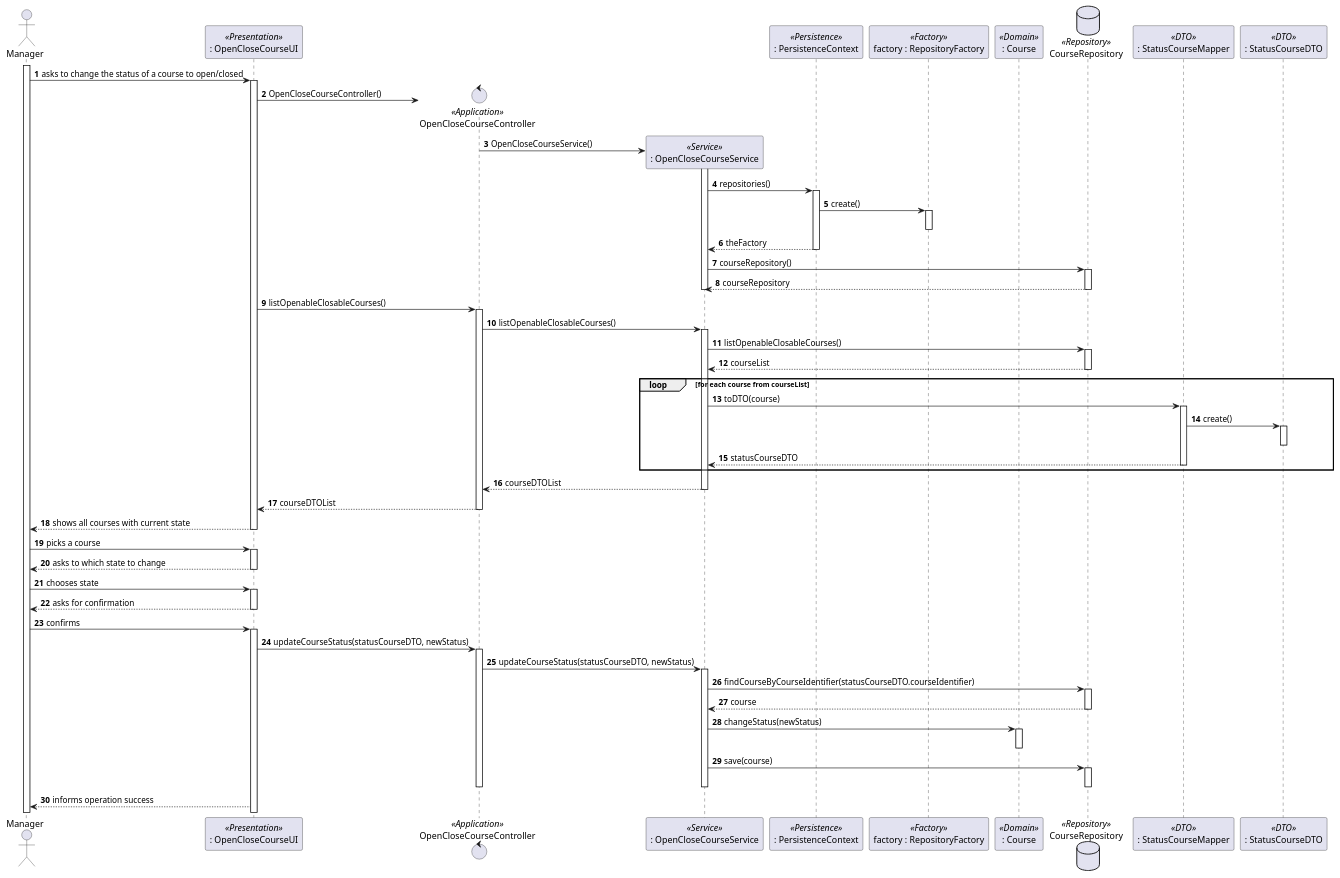
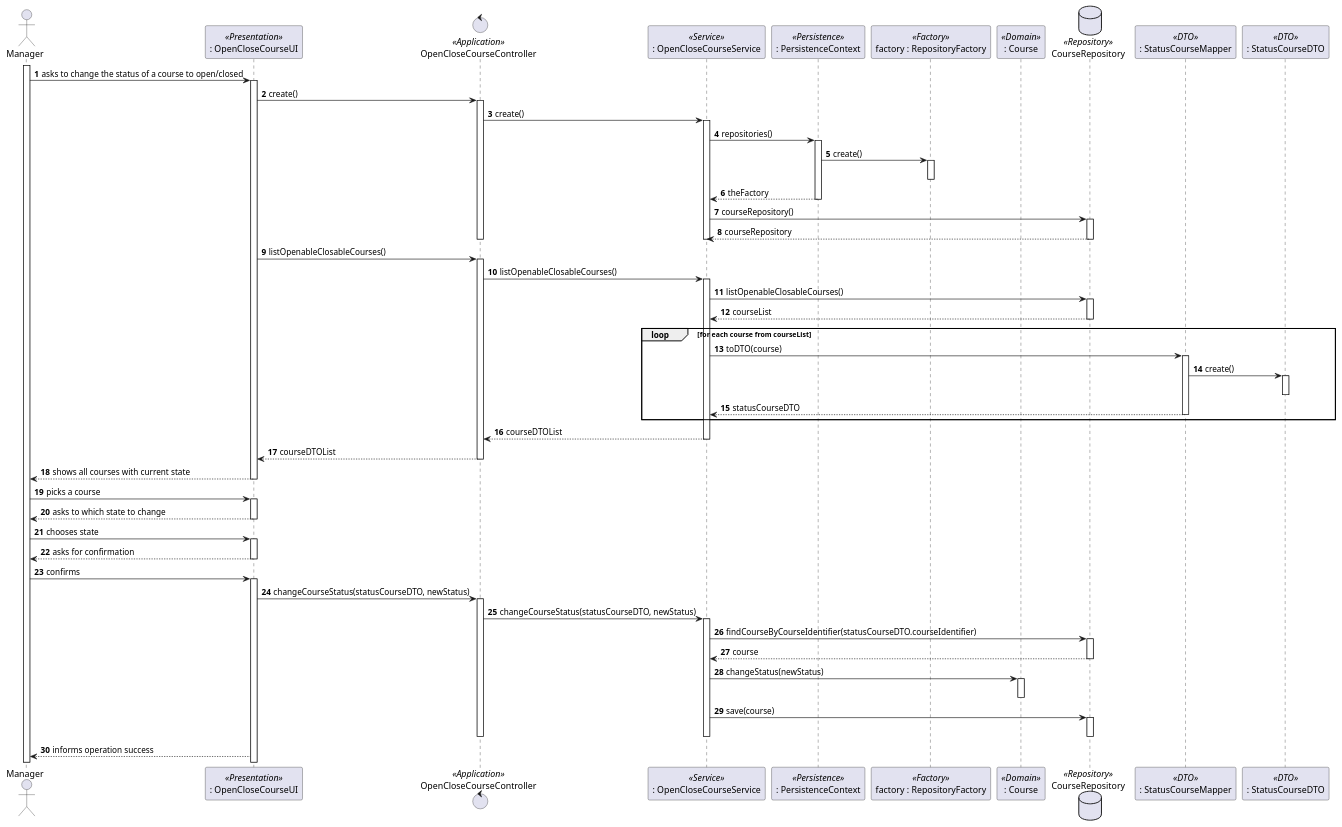
The diagram in docs/Sprint_B/us_1004/us_1004_SD.puml (Marco-Nobrega-Andrade/sem4pi_22_23), drawn with PlantUML before and after one commit.

Commit message:
[US_1004][Design] Changed back the creation of controller, service back and changed some naming

```diff
--- a/docs/Sprint_B/us_1004/us_1004_SD.puml
+++ b/docs/Sprint_B/us_1004/us_1004_SD.puml
@@ -1,95 +1,97 @@
 @startuml
 autonumber
 actor "Manager" as MGR
 
 participant ": OpenCloseCourseUI" as UI <<Presentation>>
 control "OpenCloseCourseController" as CTRL <<Application>>
 participant ": OpenCloseCourseService" as CSS <<Service>>
 participant ": PersistenceContext" as PC <<Persistence>>
 participant "factory : RepositoryFactory" as RF <<Factory>>
 participant ": Course" as C <<Domain>>
 database CourseRepository as CR <<Repository>>
 participant ": StatusCourseMapper" as CM <<DTO>>
 participant ": StatusCourseDTO" as CDTO <<DTO>>
 
 activate MGR
 MGR -> UI : asks to change the status of a course to open/closed
 activate UI
-UI -> CTRL ** : OpenCloseCourseController()
-CTRL -> CSS ** : OpenCloseCourseService()
+UI -> CTRL  : create()
+activate CTRL
+CTRL -> CSS  : create()
+
 activate CSS
 CSS -> PC : repositories()
 activate PC
 PC -> RF : create()
 activate RF
 deactivate RF
 PC --> CSS : theFactory
 deactivate PC
 CSS ->CR : courseRepository()
 activate CR
 CR --> CSS : courseRepository
 deactivate CR
 deactivate CSS
 deactivate CTRL
 
 
 UI->CTRL : listOpenableClosableCourses()
 activate CTRL
 CTRL-> CSS : listOpenableClosableCourses()
 activate CSS
 CSS -> CR : listOpenableClosableCourses()
 activate CR
 CR --> CSS : courseList
 deactivate CR
 deactivate CR
 loop for each course from courseList
 CSS -> CM : toDTO(course)
 activate CM
 CM -> CDTO : create()
 activate CDTO
 deactivate CDTO
 CM --> CSS : statusCourseDTO
 deactivate CM
 end loop
 CSS --> CTRL : courseDTOList
 deactivate CSS
 CTRL --> UI : courseDTOList
 deactivate CTRL
 
 UI --> MGR : shows all courses with current state
 deactivate UI
 
 MGR -> UI : picks a course
 activate UI
 
 UI --> MGR : asks to which state to change
 deactivate UI
 MGR -> UI : chooses state
 activate UI
 UI --> MGR : asks for confirmation
 deactivate UI
 
 MGR-> UI : confirms
 activate UI
-UI -> CTRL : updateCourseStatus(statusCourseDTO, newStatus)
+UI -> CTRL : changeCourseStatus(statusCourseDTO, newStatus)
 activate CTRL
 
-CTRL -> CSS : updateCourseStatus(statusCourseDTO, newStatus)
+CTRL -> CSS : changeCourseStatus(statusCourseDTO, newStatus)
 activate CSS
 CSS -> CR : findCourseByCourseIdentifier(statusCourseDTO.courseIdentifier)
 activate CR
 CR --> CSS : course
 deactivate CR
 CSS -> C : changeStatus(newStatus)
 activate C
 deactivate C
 
 CSS -> CR : save(course)
 activate CR
 deactivate CR
 deactivate CSS
 deactivate CTRL
 
 UI--> MGR : informs operation success
 
 @enduml
```
